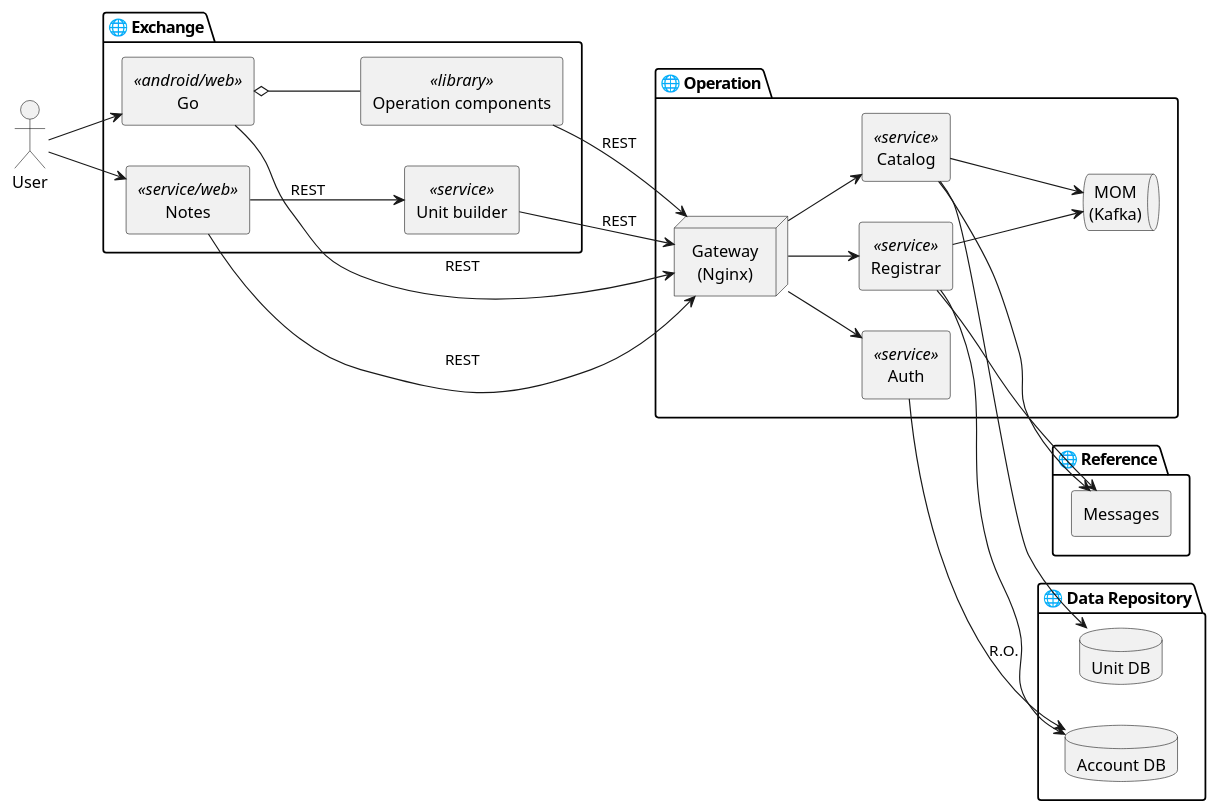
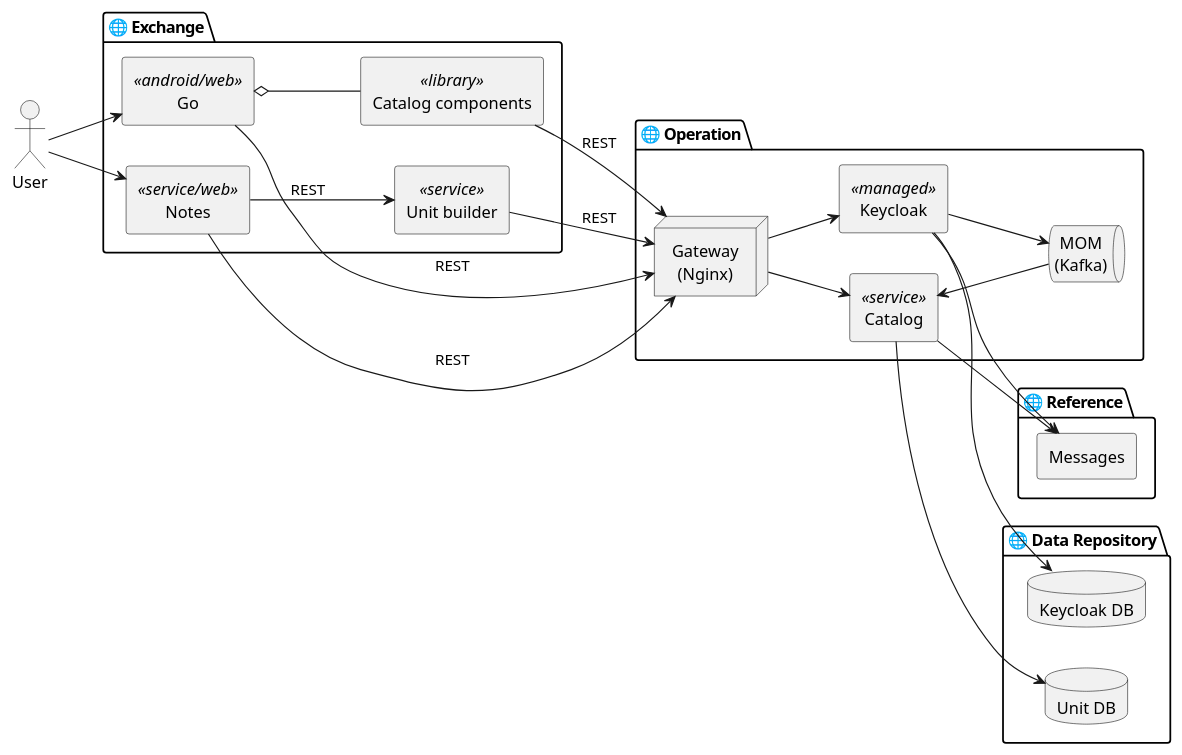
The second of 4 diagrams in architecture/global-architecture.md (kiao-lp/kiao-lp.github.io), drawn with PlantUML before and after one commit. The commit also changed other lines of this file and 9 other files, not shown here.

````diff
--- a/architecture/global-architecture.md
+++ b/architecture/global-architecture.md
@@ -53,59 +53,56 @@
 ```plantuml
 @startuml
 skinparam componentStyle rectangle
 skinparam defaultTextAlignment center
 left to right direction
 
 actor User
 
 package "🌐 Operation" {
     node "Gateway\n(Nginx)" as GW
     
-    rectangle "Registrar" <<service>> as MSRegistrar
-    rectangle "Auth" <<service>> as MSAuth
+    rectangle "Keycloak" <<managed>> as MSKeycloak
     rectangle "Catalog" <<service>> as MSCatalog
 
     queue "MOM\n(Kafka)" as MOM
 
-    MSRegistrar --> MOM
-    MSCatalog --> MOM
+    MSKeycloak --> MOM
+    MSCatalog <-- MOM
 }
 
 package "🌐 Exchange" {
-    component "Operation components" as OperationComponents <<library>>
+    component "Catalog components" as CatalogComponents <<library>>
     component "Unit builder" <<service>> as Publication
     component "Go" <<android/web>> as KiaoGO
     component "Notes" <<service/web>> as KiaoNotes
 
     KiaoNotes --> Publication : REST
     Publication --> GW : REST
-    KiaoGO o-- OperationComponents
-    OperationComponents --> GW : REST
+    KiaoGO o-- CatalogComponents
+    CatalogComponents --> GW : REST
     KiaoGO --> GW : REST
     KiaoNotes --> GW : REST
 }
 
 User --> KiaoNotes
 User --> KiaoGO
 
 package "🌐 Reference" {
     rectangle "Messages"
 
-    MSRegistrar --> Messages
+    MSKeycloak --> Messages
     MSCatalog --> Messages
 }
 
 package "🌐 Data Repository" {
-    database "Account DB"
+    database "Keycloak DB"
     database "Unit DB"
 
-    MSAuth --> "Account DB" : R.O.
-    MSRegistrar --> "Account DB"
+    MSKeycloak --> "Keycloak DB"
     MSCatalog --> "Unit DB"
 }
 
-GW --> MSAuth
-GW --> MSRegistrar
+GW --> MSKeycloak
 GW --> MSCatalog
 @enduml
 ```
````
